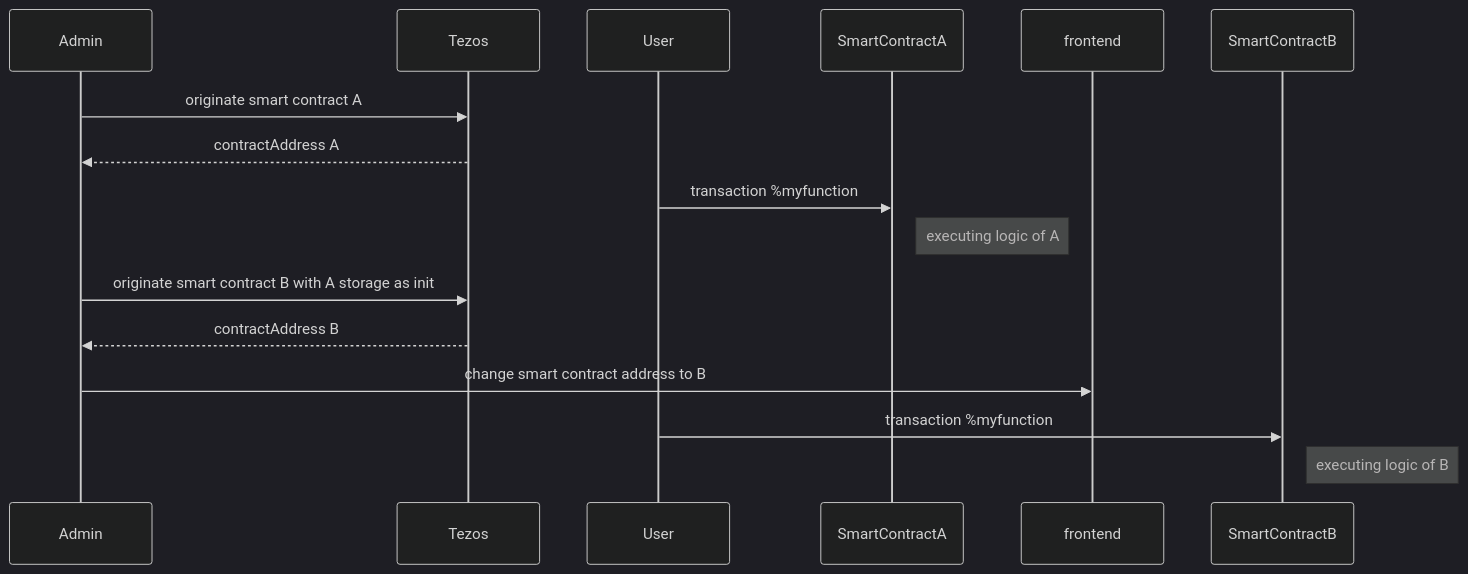
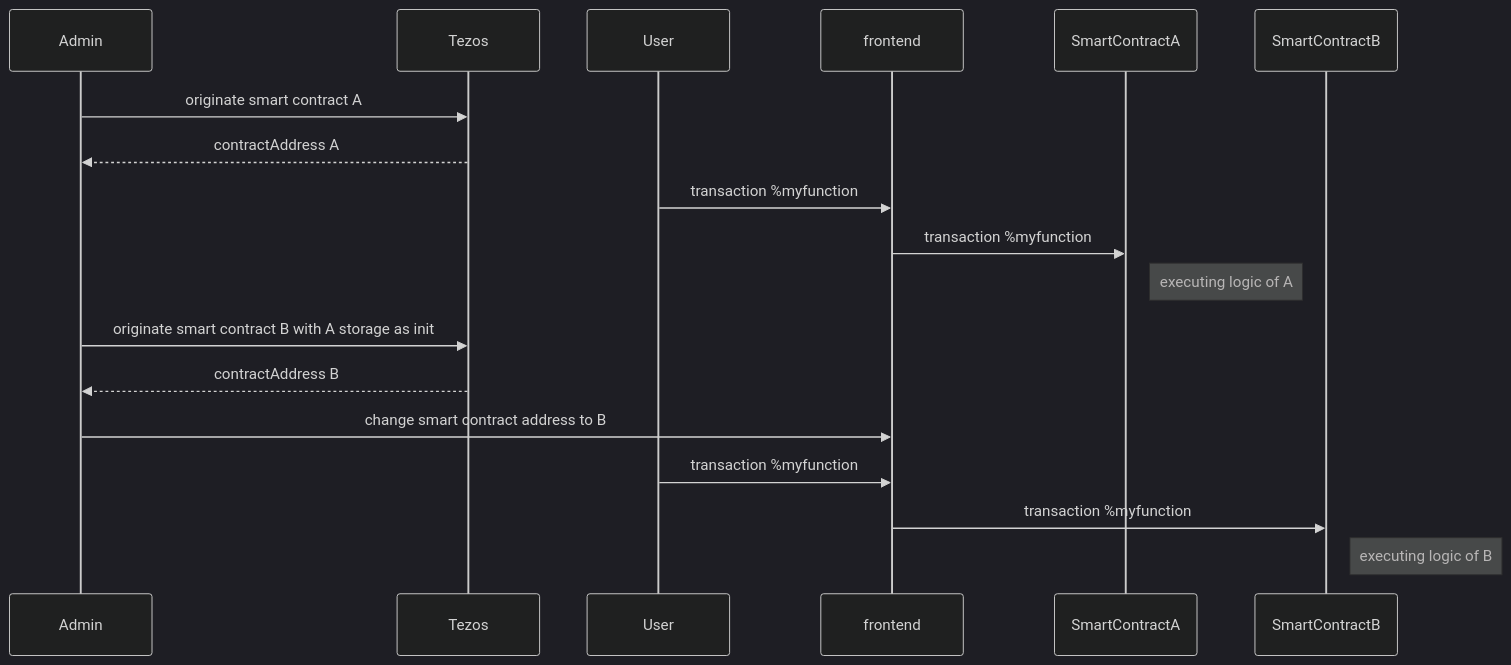
Before and after one commit to marigold-dev/training-dapp-4: the first of 7 diagrams in README.md, drawn with Mermaid (dark theme).

````diff
--- a/README.md
+++ b/README.md
@@ -42,13 +42,15 @@
 ```mermaid
 sequenceDiagram
   Admin->>Tezos: originate smart contract A
   Tezos-->>Admin: contractAddress A
-  User->>SmartContractA: transaction %myfunction
+  User->>frontend: transaction %myfunction
+  frontend->>SmartContractA: transaction %myfunction
   Note right of SmartContractA : executing logic of A
   Admin->>Tezos: originate smart contract B with A storage as init
   Tezos-->>Admin: contractAddress B
   Admin->>frontend: change smart contract address to B  
-  User->>SmartContractB: transaction %myfunction
+  User->>frontend: transaction %myfunction
+  frontend->>SmartContractB: transaction %myfunction
   Note right of SmartContractB : executing logic of B
 
 ```
````
